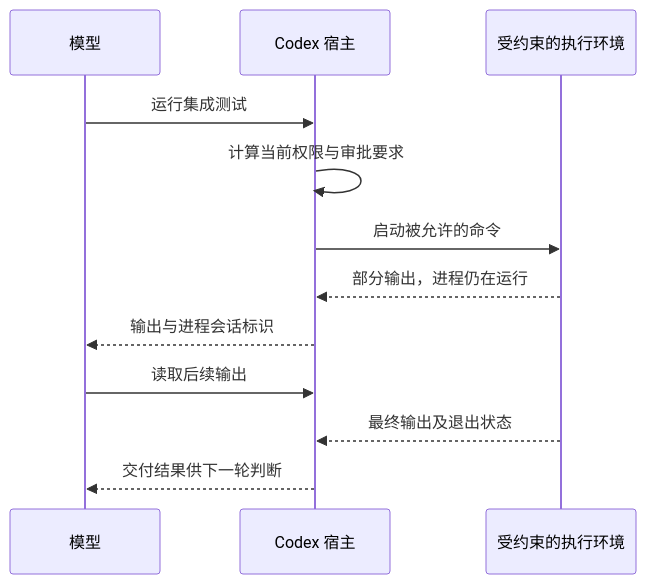
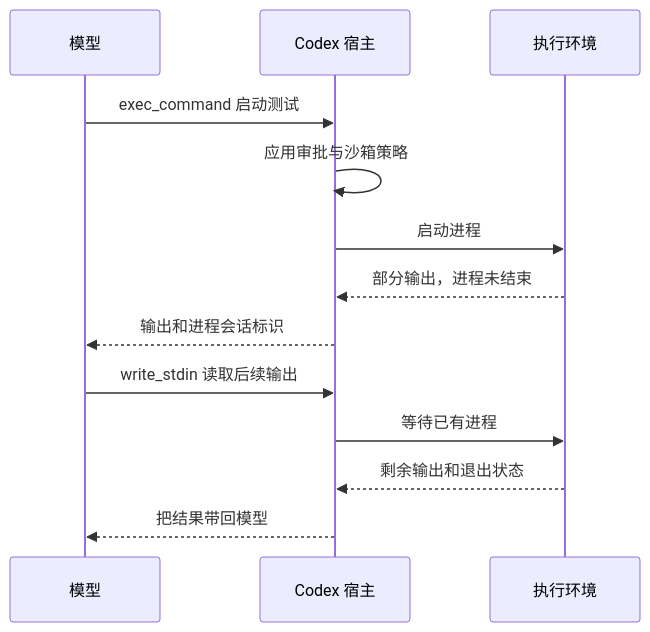
One commit to echonoshy/agent-engineering-handbook changed the second of 2 diagrams in 02-flagship-agents-teardown/03-claude-code-codex-manus-comparison.md. Above: the diagram before and after it, drawn with Mermaid. The commit also changed other lines of this file and 21 other files, not shown here.

````diff
--- a/02-flagship-agents-teardown/03-claude-code-codex-manus-comparison.md
+++ b/02-flagship-agents-teardown/03-claude-code-codex-manus-comparison.md
@@ -79,14 +78,15 @@
 ```mermaid
 sequenceDiagram
     participant M as 模型
     participant H as Codex 宿主
-    participant S as 受约束的执行环境
-    M->>H: 运行集成测试
-    H->>H: 计算当前权限与审批要求
-    H->>S: 启动被允许的命令
-    S-->>H: 部分输出，进程仍在运行
-    H-->>M: 输出与进程会话标识
-    M->>H: 读取后续输出
-    S-->>H: 最终输出及退出状态
-    H-->>M: 交付结果供下一轮判断
+    participant P as 执行环境
+    M->>H: exec_command 启动测试
+    H->>H: 应用审批与沙箱策略
+    H->>P: 启动进程
+    P-->>H: 部分输出，进程未结束
+    H-->>M: 输出和进程会话标识
+    M->>H: write_stdin 读取后续输出
+    H->>P: 等待已有进程
+    P-->>H: 剩余输出和退出状态
+    H-->>M: 把结果带回模型
 ```
````
